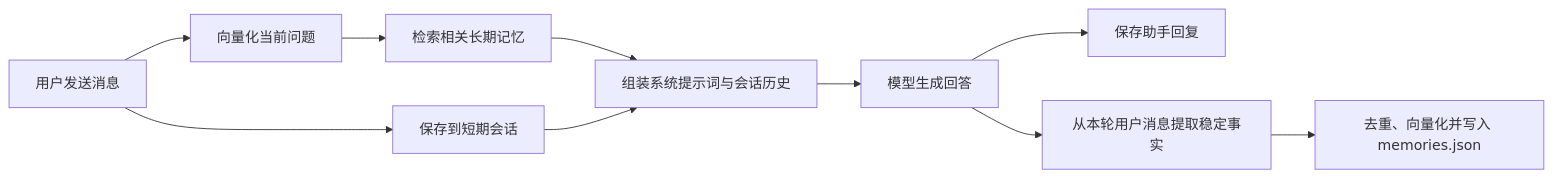
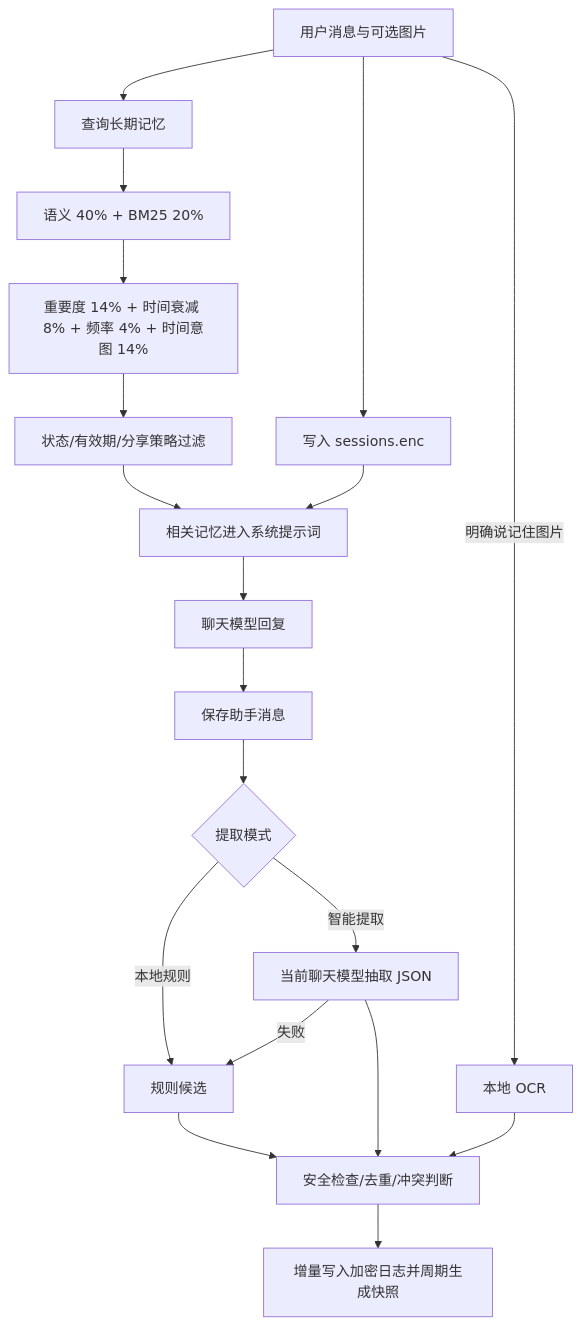
The diagram in README.md (obliviar/deskpet), drawn with Mermaid before and after one commit. The commit also changed other lines of this file and 30 other files, not shown here.

````diff
--- a/README.md
+++ b/README.md
@@ -56,12 +63,21 @@
 ```mermaid
-flowchart LR
-    A[用户发送消息] --> B[保存到短期会话]
-    A --> C[向量化当前问题]
-    C --> D[检索相关长期记忆]
-    D --> E[组装系统提示词与会话历史]
-    B --> E
-    E --> F[模型生成回答]
-    F --> G[保存助手回复]
-    F --> H[从本轮用户消息提取稳定事实]
-    H --> I[去重、向量化并写入 memories.json]
+flowchart TD
+    A[用户消息与可选图片] --> B[写入 sessions.enc]
+    A --> C[查询长期记忆]
+    C --> D[语义 40% + BM25 20%]
+    D --> E[重要度 14% + 时间衰减 8% + 频率 4% + 时间意图 14%]
+    E --> F[状态/有效期/分享策略过滤]
+    F --> G[相关记忆进入系统提示词]
+    B --> G
+    G --> H[聊天模型回复]
+    H --> I[保存助手消息]
+    I --> J{提取模式}
+    J -->|本地规则| K[规则候选]
+    J -->|智能提取| L[当前聊天模型抽取 JSON]
+    L -->|失败| K
+    A -->|明确说记住图片| M[本地 OCR]
+    K --> N[安全检查/去重/冲突判断]
+    L --> N
+    M --> N
+    N --> O[增量写入加密日志并周期生成快照]
 ```
````
